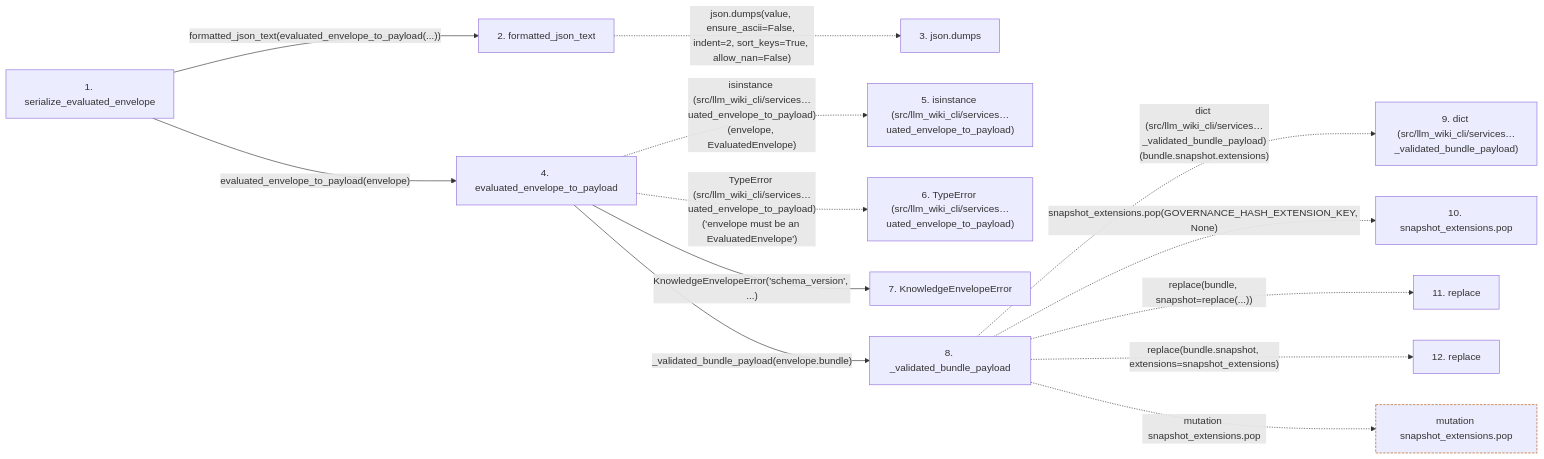
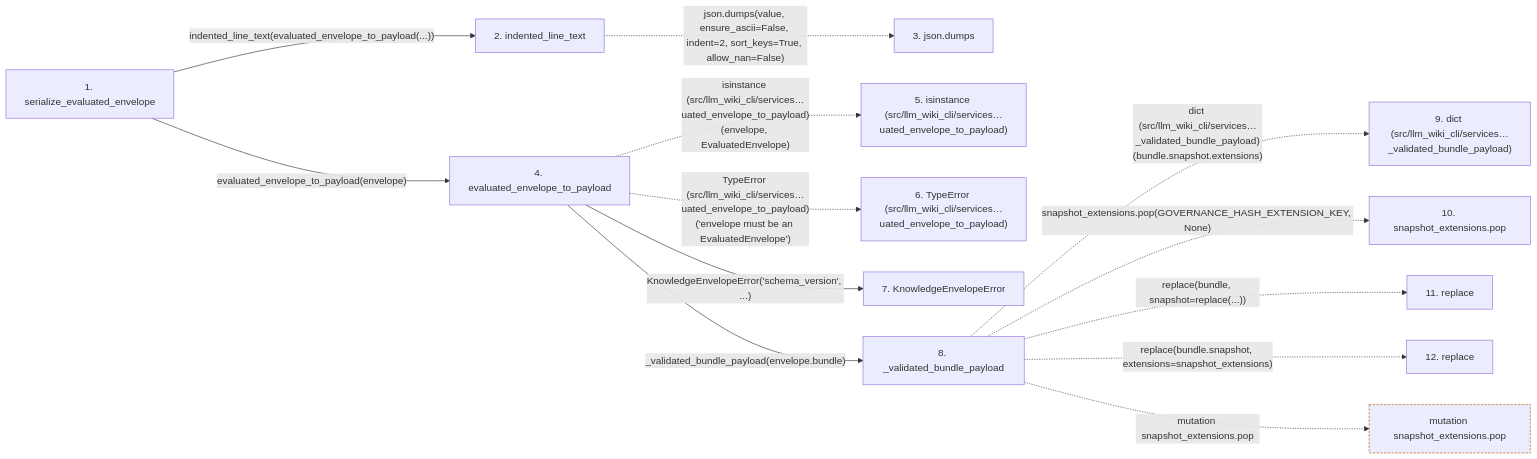
Before and after one commit to Denissvgn/python-wiki-llm: the second of 2 diagrams in docs/llm_wiki/flows/api-serialize_evaluated_envelope.md, drawn with Mermaid. The commit also changed other lines of this file and 1555 other files, not shown here.

````diff
--- a/docs/llm_wiki/flows/api-serialize_evaluated_envelope.md
+++ b/docs/llm_wiki/flows/api-serialize_evaluated_envelope.md
@@ -146,35 +144,35 @@
 ```mermaid
 flowchart LR
     s1["1. serialize_evaluated_envelope"]
-    s2["2. formatted_json_text"]
+    s2["2. indented_line_text"]
     s3["3. json.dumps"]
     s4["4. evaluated_envelope_to_payload"]
     s5["5. isinstance (src/llm_wiki_cli/services…uated_envelope_to_payload)"]
     s6["6. TypeError (src/llm_wiki_cli/services…uated_envelope_to_payload)"]
     s7["7. KnowledgeEnvelopeError"]
     s8["8. _validated_bundle_payload"]
     s9["9. dict (src/llm_wiki_cli/services…_validated_bundle_payload)"]
     s10["10. snapshot_extensions.pop"]
     s11["11. replace"]
     s12["12. replace"]
-    s1 -->|"formatted_json_text(evaluated_envelope_to_payload(...))"| s2
+    s1 -->|"indented_line_text(evaluated_envelope_to_payload(...))"| s2
     s2 -. "json.dumps(value, ensure_ascii=False, indent=2, sort_keys=True, allow_nan=False)" .-> s3
     s1 -->|"evaluated_envelope_to_payload(envelope)"| s4
     s4 -. "isinstance (src/llm_wiki_cli/services…uated_envelope_to_payload)(envelope, EvaluatedEnvelope)" .-> s5
     s4 -. "TypeError (src/llm_wiki_cli/services…uated_envelope_to_payload)('envelope must be an EvaluatedEnvelope')" .-> s6
     s4 -->|"KnowledgeEnvelopeError('schema_version', ...)"| s7
     s4 -->|"_validated_bundle_payload(envelope.bundle)"| s8
     s8 -. "dict (src/llm_wiki_cli/services…_validated_bundle_payload)(bundle.snapshot.extensions)" .-> s9
     s8 -. "snapshot_extensions.pop(GOVERNANCE_HASH_EXTENSION_KEY, None)" .-> s10
     s8 -. "replace(bundle, snapshot=replace(...))" .-> s11
     s8 -. "replace(bundle.snapshot, extensions=snapshot_extensions)" .-> s12
     b0["mutation snapshot_extensions.pop"]
     s8 -. "mutation snapshot_extensions.pop" .-> b0
     click s1 "../modules/knowledge_envelope.md"
-    click s2 "../modules/knowledge_evidence.md"
+    click s2 "../modules/canonical_json.md"
     click s4 "../modules/knowledge_envelope.md"
     click s7 "../modules/knowledge_envelope.md"
     click s8 "../modules/knowledge_envelope.md"
     classDef boundary stroke:#b45309,stroke-dasharray: 4 2
     class b0 boundary
 ```
````
